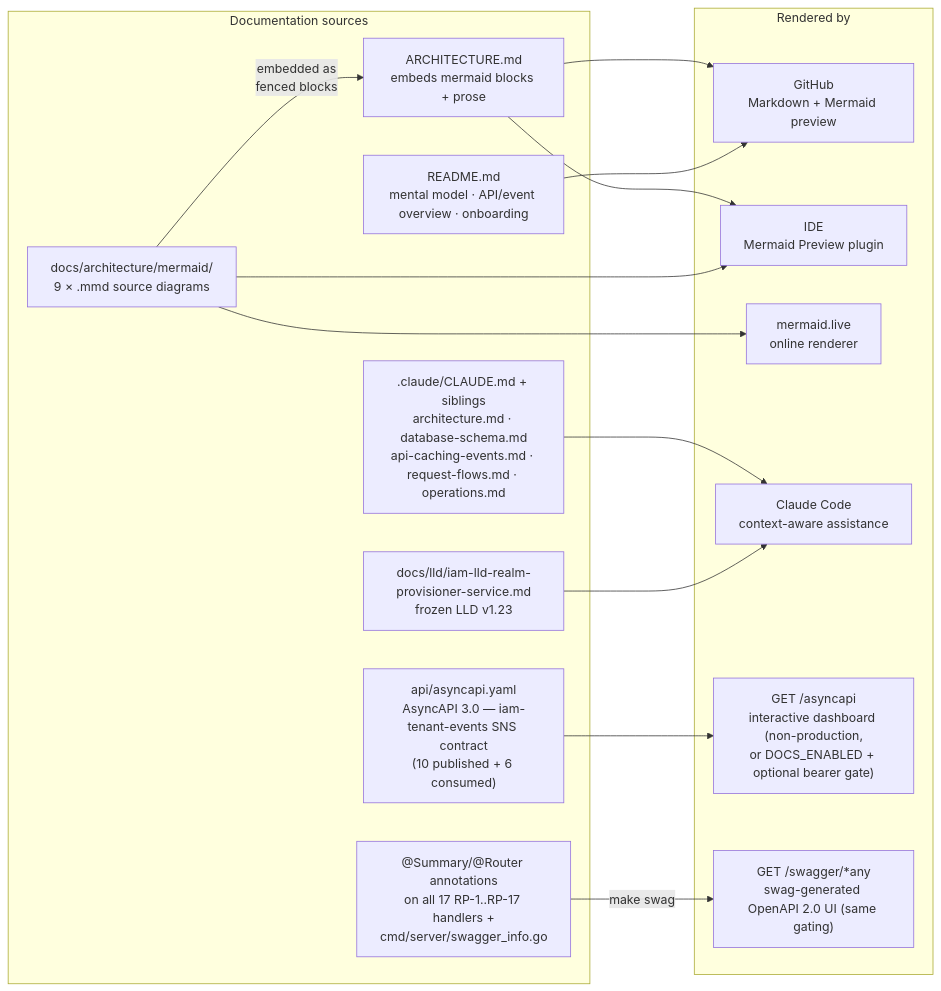
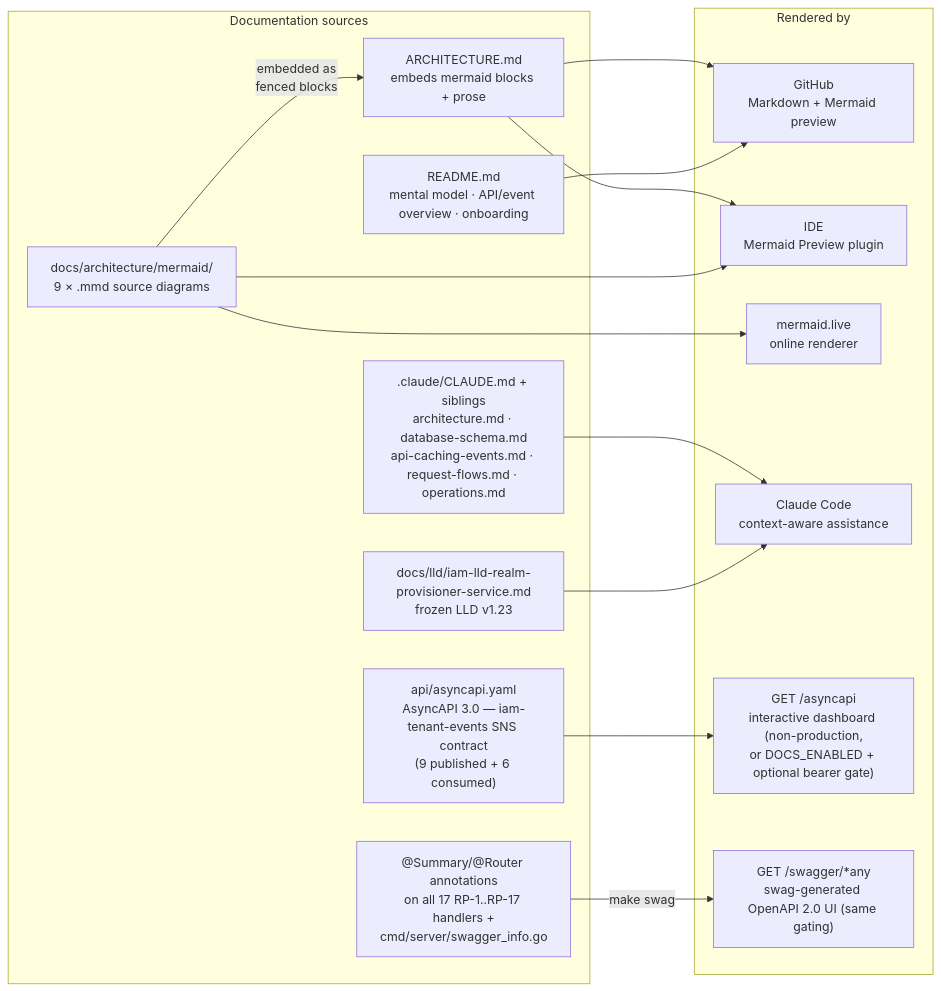
One commit to BCBP-SOLUTIONS-FZC-LLC/iam-realm-provisioner changed the tenth of 10 diagrams in ARCHITECTURE.md. Above: the diagram before and after it, drawn with Mermaid. The commit also changed other lines of this file and 50 other files, not shown here.

First line of the commit message:
feat(events)!: remove TrialTenantProvisioned; fix flaky Floci tests (#20)

````diff
--- a/ARCHITECTURE.md
+++ b/ARCHITECTURE.md
@@ -1073,30 +1073,30 @@
 ```mermaid
 graph LR
     subgraph sources["Documentation sources"]
         mmd["docs/architecture/mermaid/\n9 × .mmd source diagrams"]
         arch["ARCHITECTURE.md\nembeds mermaid blocks + prose"]
         claude[".claude/CLAUDE.md + siblings\narchitecture.md · database-schema.md\napi-caching-events.md · request-flows.md · operations.md"]
         readme["README.md\nmental model · API/event overview · onboarding"]
-        asyncapi_yaml["api/asyncapi.yaml\nAsyncAPI 3.0 — iam-tenant-events SNS contract\n(10 published + 6 consumed)"]
+        asyncapi_yaml["api/asyncapi.yaml\nAsyncAPI 3.0 — iam-tenant-events SNS contract\n(9 published + 6 consumed)"]
         swag_annot["@Summary/@Router annotations\non all 17 RP-1..RP-17 handlers +\ncmd/server/swagger_info.go"]
         lld["docs/lld/iam-lld-realm-provisioner-service.md\nfrozen LLD v1.23"]
     end
 
     subgraph rendered["Rendered by"]
         github["GitHub\nMarkdown + Mermaid preview"]
         ide["IDE\nMermaid Preview plugin"]
         live["mermaid.live\nonline renderer"]
         claude_ai["Claude Code\ncontext-aware assistance"]
         asyncapi_viewer["GET /asyncapi\ninteractive dashboard (non-production,\nor DOCS_ENABLED + optional bearer gate)"]
         swagger_ui["GET /swagger/*any\nswag-generated OpenAPI 2.0 UI (same gating)"]
     end
 
     mmd  -->|"embedded as\nfenced blocks"| arch
     arch --> github & ide
     mmd  --> live & ide
     claude --> claude_ai
     readme --> github
     lld --> claude_ai
     asyncapi_yaml --> asyncapi_viewer
     swag_annot -->|"make swag"| swagger_ui
 ```
````
